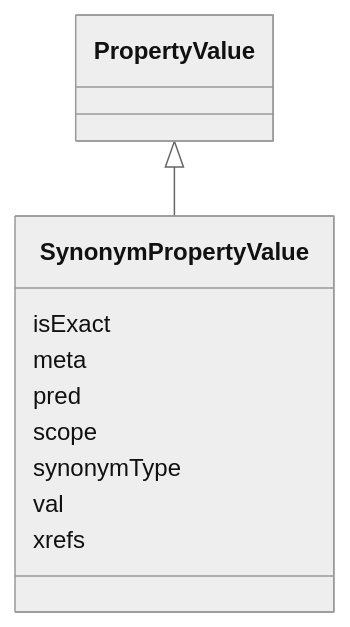
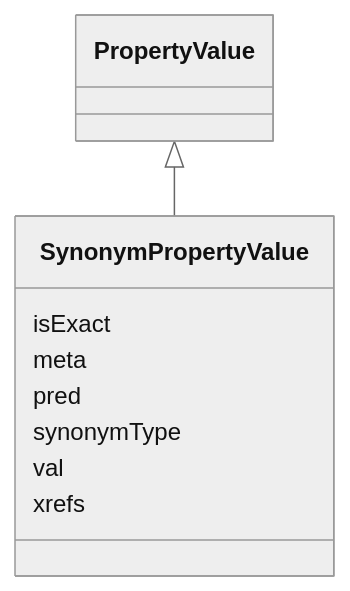
The diagram in obograph/SynonymPropertyValue.md (INCATools/ontology-access-kit), drawn with Mermaid (neutral theme) before and after one commit. The commit also changed other lines of this file and 66 other files, not shown here.

````diff
--- a/obograph/SynonymPropertyValue.md
+++ b/obograph/SynonymPropertyValue.md
@@ -11,14 +11,13 @@
 ```{mermaid}
  classDiagram
     class SynonymPropertyValue
       PropertyValue <|-- SynonymPropertyValue
       
       SynonymPropertyValue : isExact
       SynonymPropertyValue : meta
       SynonymPropertyValue : pred
-      SynonymPropertyValue : scope
       SynonymPropertyValue : synonymType
       SynonymPropertyValue : val
       SynonymPropertyValue : xrefs
       
 ```
````
